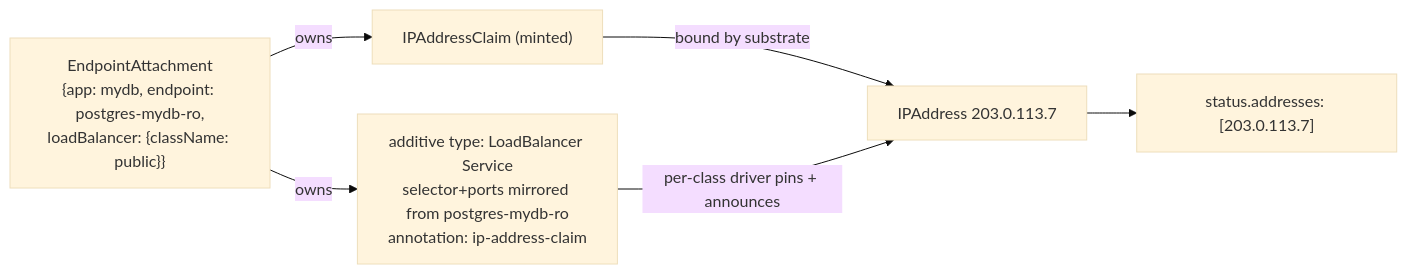
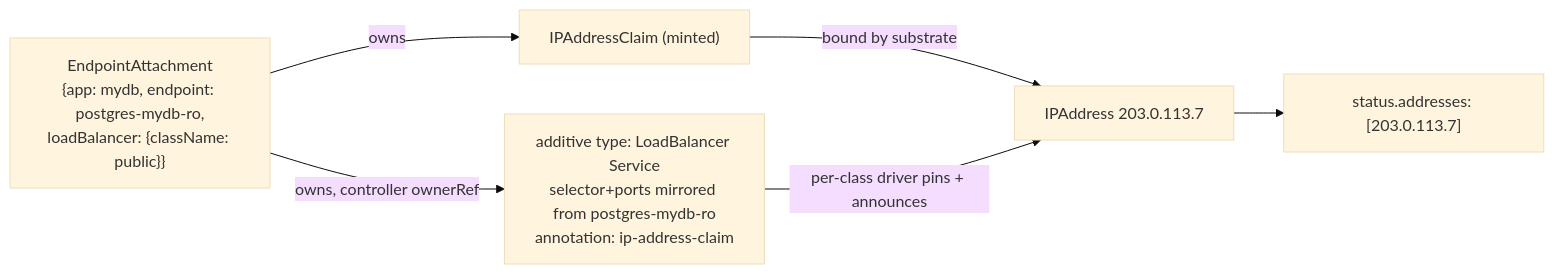
The diagram in design-proposals/endpoint-attachments/README.md (cozystack/community), drawn with Mermaid (base theme) before and after one commit. The commit also changed other lines of this file, not shown here.

````diff
--- a/design-proposals/endpoint-attachments/README.md
+++ b/design-proposals/endpoint-attachments/README.md
@@ -107,9 +124,9 @@
 ```mermaid
 flowchart LR
     EA["EndpointAttachment<br/>{app: mydb, endpoint: postgres-mydb-ro,<br/>loadBalancer: {className: public}}"]
     EA -->|owns| C["IPAddressClaim (minted)"]
-    EA -->|owns| S["additive type: LoadBalancer Service<br/>selector+ports mirrored from postgres-mydb-ro<br/>annotation: ip-address-claim"]
+    EA -->|owns, controller ownerRef| S["additive type: LoadBalancer Service<br/>selector+ports mirrored from postgres-mydb-ro<br/>annotation: ip-address-claim"]
     C -->|bound by substrate| A["IPAddress 203.0.113.7"]
     S -->|per-class driver pins + announces| A
     A --> ST["status.addresses: [203.0.113.7]"]
 ```
````
